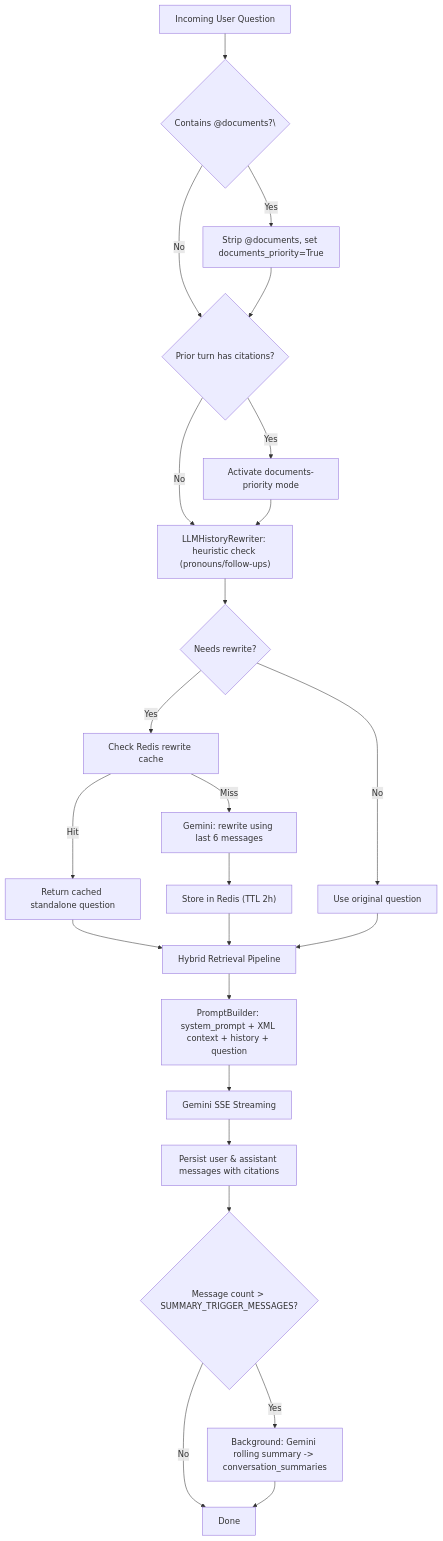
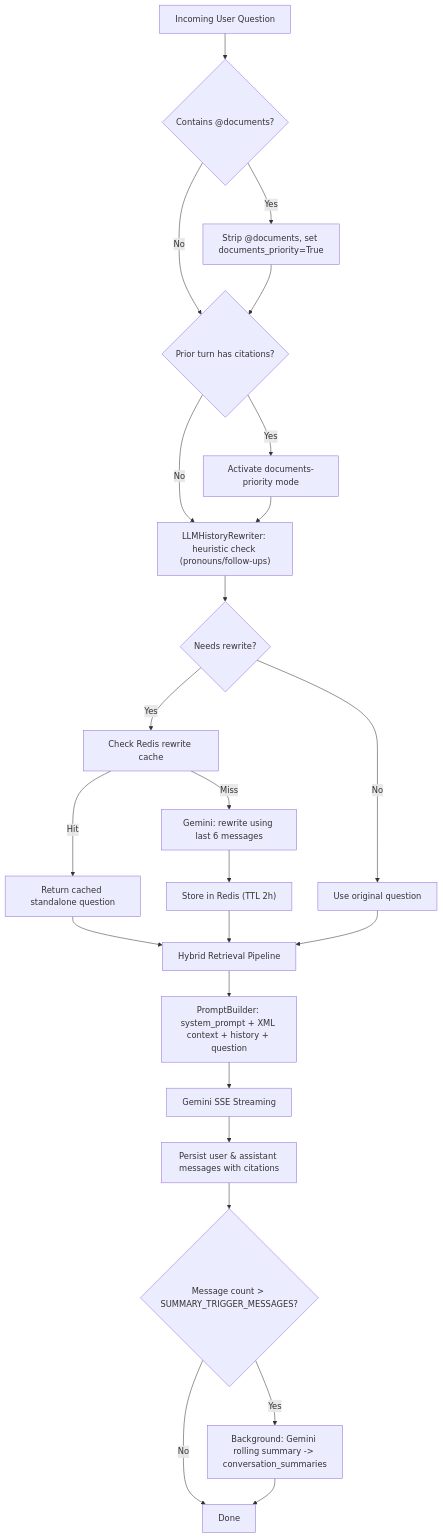
Before and after one commit to Satya-Naraharisetty/FusionRAG: the fifth of 7 diagrams in ARCHITECTURE.md, drawn with Mermaid. The commit also changed other lines of this file and 3 other files, not shown here.

Commit message:
docs: add backend documentation, expand architectural details, and update project indexes

````diff
--- a/ARCHITECTURE.md
+++ b/ARCHITECTURE.md
@@ -149,27 +162,27 @@
 ```mermaid
 flowchart TD
-    Question["Incoming User Question"] --> MentionCheck{"Contains @documents?"\}
+    Question["Incoming User Question"] --> MentionCheck{"Contains @documents?"}
     MentionCheck -->|Yes| StripMention["Strip @documents, set documents_priority=True"]
     MentionCheck -->|No| StickyCheck{"Prior turn has citations?"}
     StripMention --> StickyCheck
     StickyCheck -->|Yes| SetPriority["Activate documents-priority mode"]
     StickyCheck -->|No| Heuristic
     SetPriority --> Heuristic
     Heuristic["LLMHistoryRewriter: heuristic check (pronouns/follow-ups)"] --> NeedsRewrite{"Needs rewrite?"}
     NeedsRewrite -->|Yes| CacheCheck["Check Redis rewrite cache"]
     CacheCheck -->|Hit| UseCache["Return cached standalone question"]
     CacheCheck -->|Miss| LLMRewrite["Gemini: rewrite using last 6 messages"]
     LLMRewrite --> StoreCache["Store in Redis (TTL 2h)"]
     NeedsRewrite -->|No| UseOriginal["Use original question"]
     UseCache --> Retrieval
     StoreCache --> Retrieval
     UseOriginal --> Retrieval
     Retrieval["Hybrid Retrieval Pipeline"] --> PromptBuild
     PromptBuild["PromptBuilder: system_prompt + XML context + history + question"] --> LLM
     LLM["Gemini SSE Streaming"] --> Persist
     Persist["Persist user & assistant messages with citations"]
     Persist --> SummaryCheck{"Message count > SUMMARY_TRIGGER_MESSAGES?"}
     SummaryCheck -->|Yes| Summarize["Background: Gemini rolling summary -> conversation_summaries"]
     SummaryCheck -->|No| Done
     Summarize --> Done["Done"]
 ```
````
